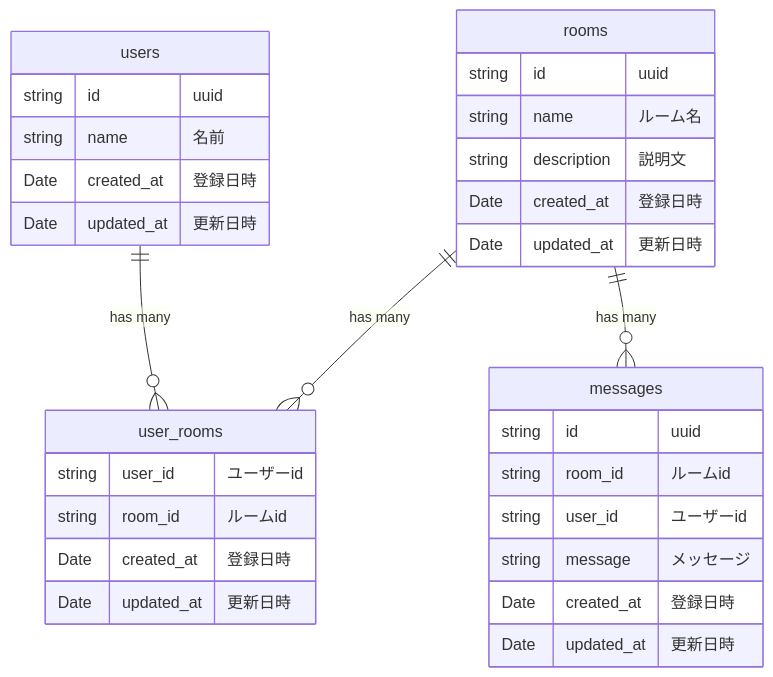
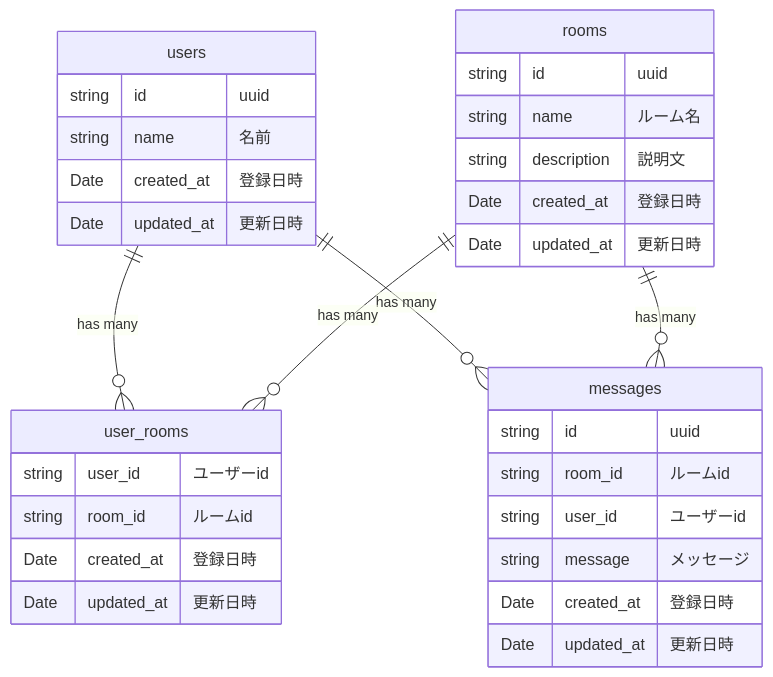
One commit to onodera1215/nextjs15-chat changed the diagram in README.md. Above: the diagram before and after it, drawn with Mermaid.

Commit message:
リレーション更新

````diff
--- a/README.md
+++ b/README.md
@@ -9,38 +9,39 @@
 ```mermaid
 erDiagram
     users ||--o{ user_rooms : "has many"
+    users ||--o{ messages : "has many"
     users {
         string id "uuid"
         string name "名前"
         Date created_at "登録日時"
         Date updated_at "更新日時"
     }
 
     user_rooms
     user_rooms {
         string user_id "ユーザーid"
         string room_id "ルームid"
         Date created_at "登録日時"
         Date updated_at "更新日時"
     }
 
     rooms ||--o{ user_rooms : "has many"
     rooms ||--o{ messages : "has many"
     rooms {
         string id "uuid"
         string name "ルーム名"
         string description "説明文"
         Date created_at "登録日時"
         Date updated_at "更新日時"
     }
 
     messages {
         string id "uuid"
         string room_id "ルームid"
         string user_id "ユーザーid"
         string message "メッセージ"
         Date created_at "登録日時"
         Date updated_at "更新日時"
     }
 
 ```
````
